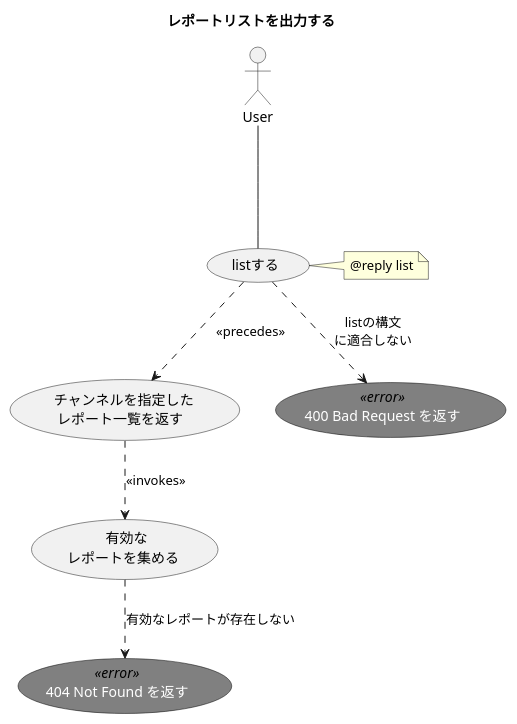
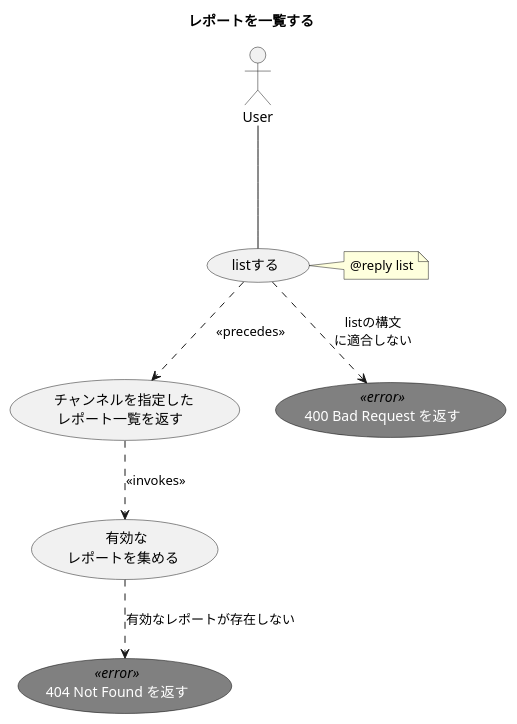
Before and after one commit to ito-masam/kpt-guard.doc: the diagram in 1.design/2.usecases/list-report.md, drawn with PlantUML. The commit also changed 5 other files, not shown here.

```diff
--- a/1.design/2.usecases/list-report.md
+++ b/1.design/2.usecases/list-report.md
@@ -1,31 +1,31 @@
 @startuml
 
     ' ----------- meta
-    title レポートリストを出力する
+    title レポートを一覧する
 
     skinparam usecase {
       FontColor<<error>> white
       FontName<<error>> Verdana
       BackgroundColor<<error>> gray
       BorderColor<<error>> black
     }
 
     actor User
 
     ' ----------- main
     User --- ( listする )
     ( listする ) ..> ( チャンネルを指定した\nレポート一覧を返す ) : << precedes >>
     ( チャンネルを指定した\nレポート一覧を返す ) ..> ( 有効な\nレポートを集める ) : << invokes >>
 
     note right of ( listする )
       @reply list
     end note
 
     ' ----------- alternative
     ( 400 Bad Request を返す ) <<error>>
     ( listする ) ..> ( 400 Bad Request を返す ) : listの構文\nに適合しない
 
     ( 404 Not Found を返す ) <<error>>
     ( 有効な\nレポートを集める ) ..> ( 404 Not Found を返す ) : 有効なレポートが存在しない
 
 @enduml
```
